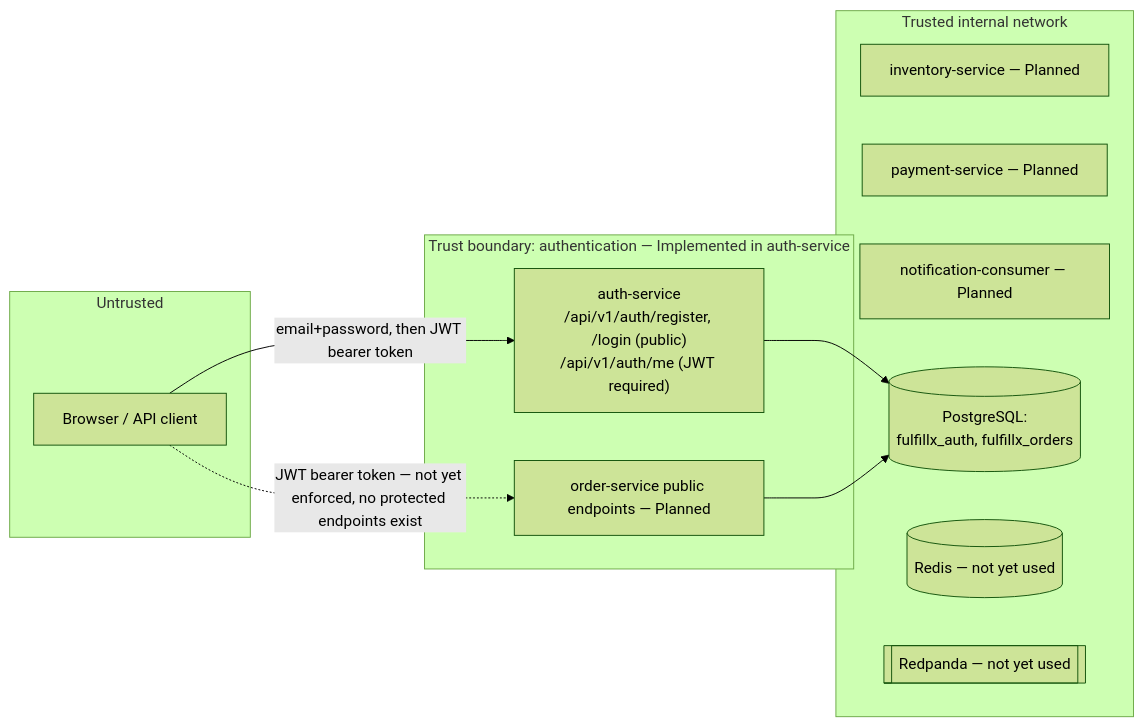
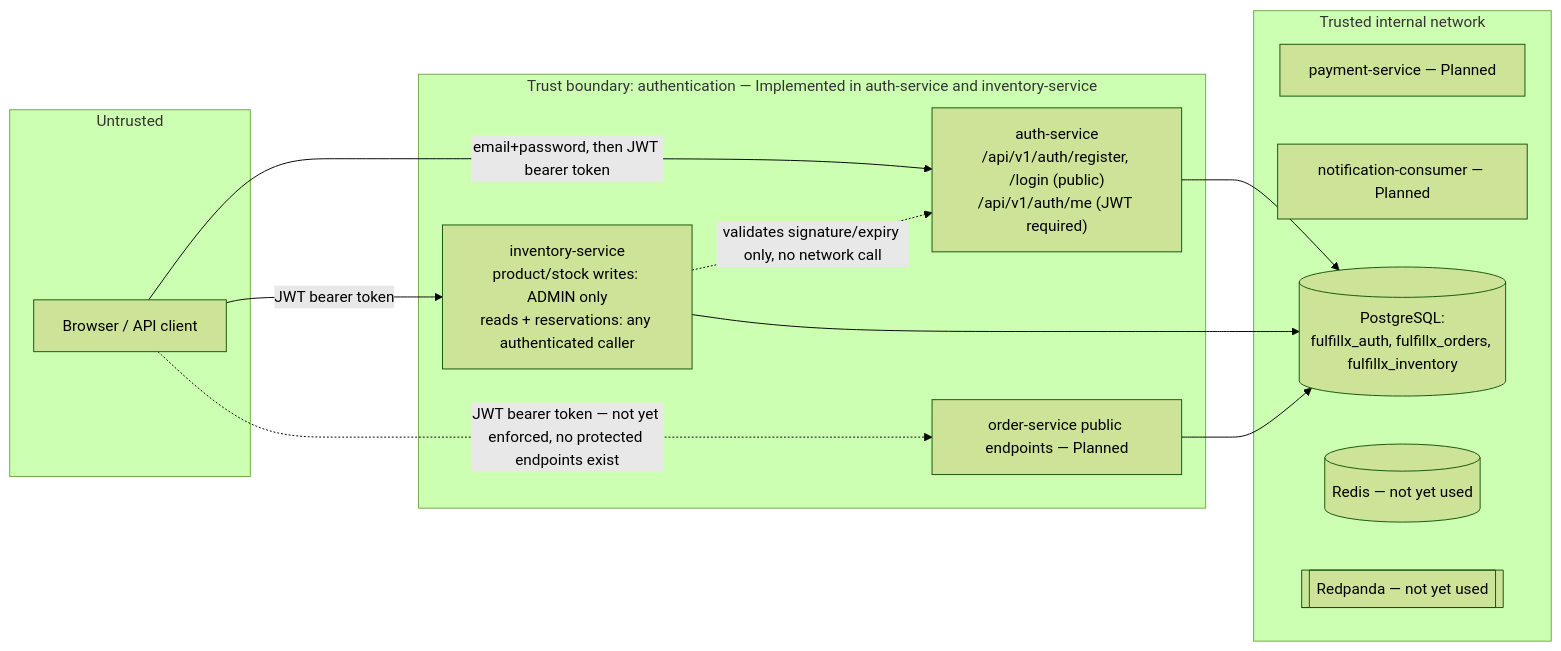
Before and after one commit to ckvishwa/fulfillx-enterprise-quality-platform: the diagram in docs/architecture/trust-boundaries.md, drawn with Mermaid (forest theme). The commit also changed other lines of this file and 66 other files, not shown here.

First line of the commit message:
feat(inventory): add atomic product and inventory foundation (#2)

````diff
--- a/docs/architecture/trust-boundaries.md
+++ b/docs/architecture/trust-boundaries.md
@@ -9,23 +11,26 @@
 ```mermaid
 flowchart LR
     subgraph untrusted[Untrusted]
         browser[Browser / API client]
     end
-    subgraph edge[Trust boundary: authentication — Implemented in auth-service]
+    subgraph edge[Trust boundary: authentication — Implemented in auth-service and inventory-service]
         authsvc["auth-service<br/>/api/v1/auth/register, /login (public)<br/>/api/v1/auth/me (JWT required)"]
+        inventorysvc["inventory-service<br/>product/stock writes: ADMIN only<br/>reads + reservations: any authenticated caller"]
         gateway["order-service public endpoints — Planned"]
     end
     subgraph internal[Trusted internal network]
-        inventory["inventory-service — Planned"]
         payment["payment-service — Planned"]
         notif["notification-consumer — Planned"]
-        pg[(PostgreSQL:<br/>fulfillx_auth, fulfillx_orders)]
+        pg[(PostgreSQL:<br/>fulfillx_auth, fulfillx_orders, fulfillx_inventory)]
         redis[(Redis — not yet used)]
         redpanda[[Redpanda — not yet used]]
     end
 
     browser -- "email+password, then JWT bearer token" --> authsvc
+    browser -- "JWT bearer token" --> inventorysvc
     browser -. "JWT bearer token — not yet enforced, no protected endpoints exist" .-> gateway
     authsvc --> pg
+    inventorysvc --> pg
+    inventorysvc -. "validates signature/expiry only, no network call" .-> authsvc
     gateway --> pg
 ```
````
